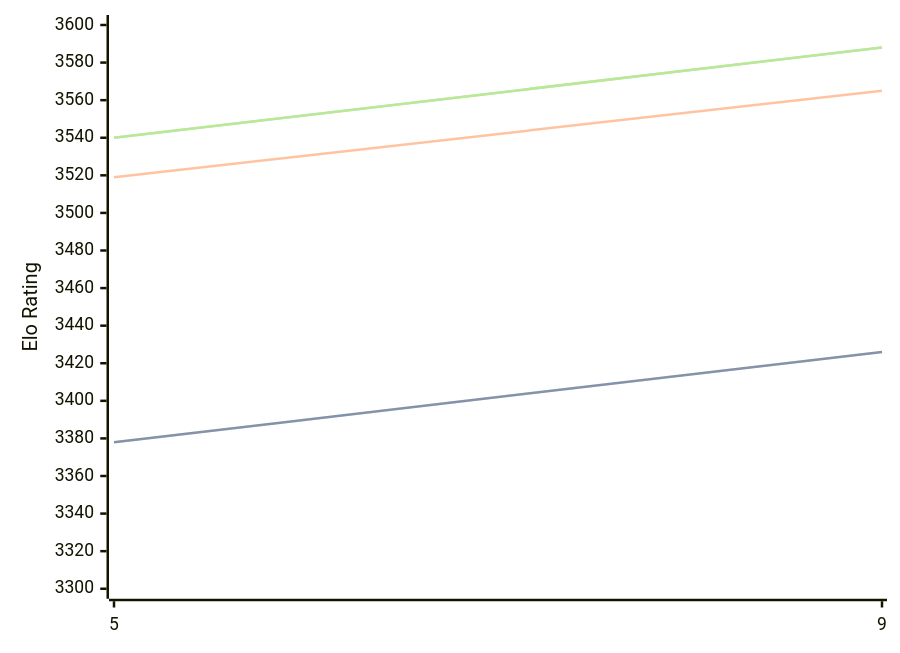
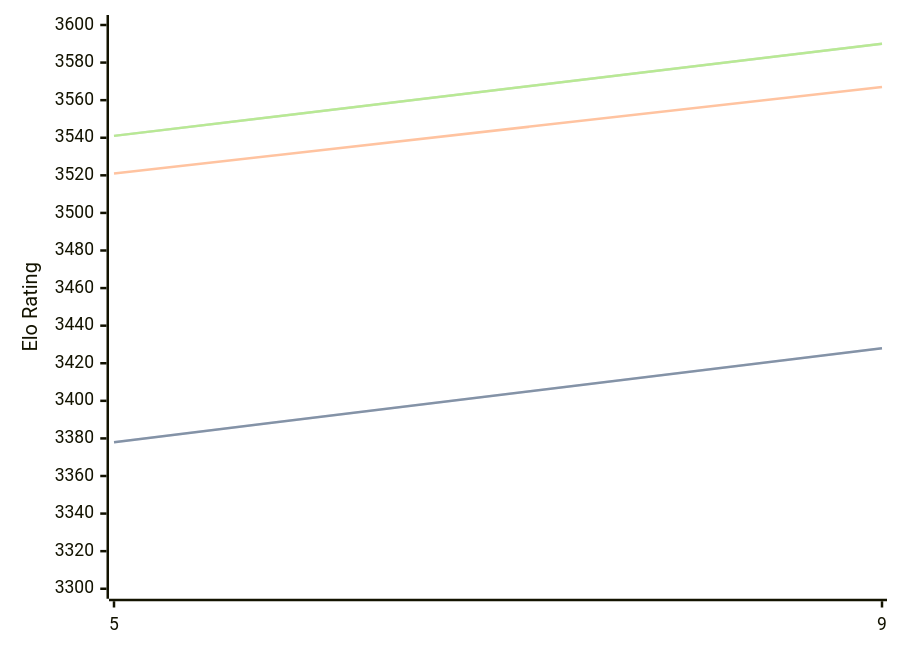
One commit to computer-chess-index/cci changed the diagram in engines/Crystal.md. Above: the diagram before and after it, drawn with Mermaid. The commit also changed other lines of this file, not shown here.

Commit message:
Update CCI Ratings (ELO VLTC) - 2026-08-26

````diff
--- a/engines/Crystal.md
+++ b/engines/Crystal.md
@@ -32,11 +32,11 @@
 ```mermaid
 %%{init: {"theme":"base","themeVariables":{"seriesColors:['#a3a3a3','#222221','#faa371']}}}%%
 xychart-beta
   x-axis ["5", "9"]
   y-axis "Elo Rating" 3300 --> 3600
-  line "STC (8.0+0.08s)" [3378, 3426]
-  line "STC (8.0+0.08s)" [3378, 3426]
-  line "LTC (60.0+0.60s)" [3519, 3565]
-  line "VLTC (2m24s+1.12s)" [3540, 3588]
-  line "VLTC (2m24s+1.12s)" [3540, 3588]
+  line "STC (8.0+0.08s)" [3378, 3428]
+  line "STC (8.0+0.08s)" [3378, 3428]
+  line "LTC (60.0+0.60s)" [3521, 3567]
+  line "VLTC (2m24s+1.12s)" [3541, 3590]
+  line "VLTC (2m24s+1.12s)" [3541, 3590]
 ```
````
